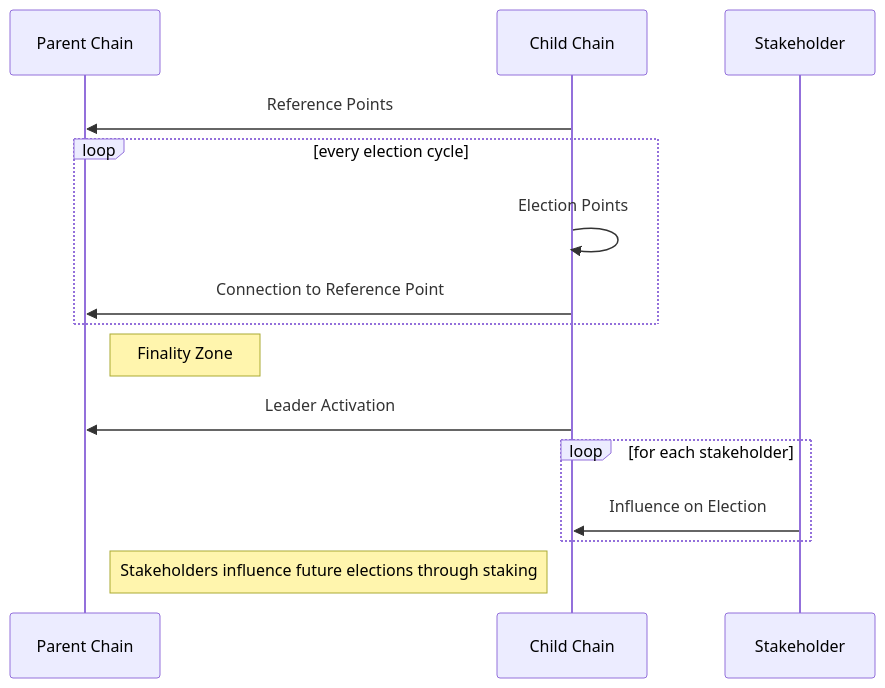
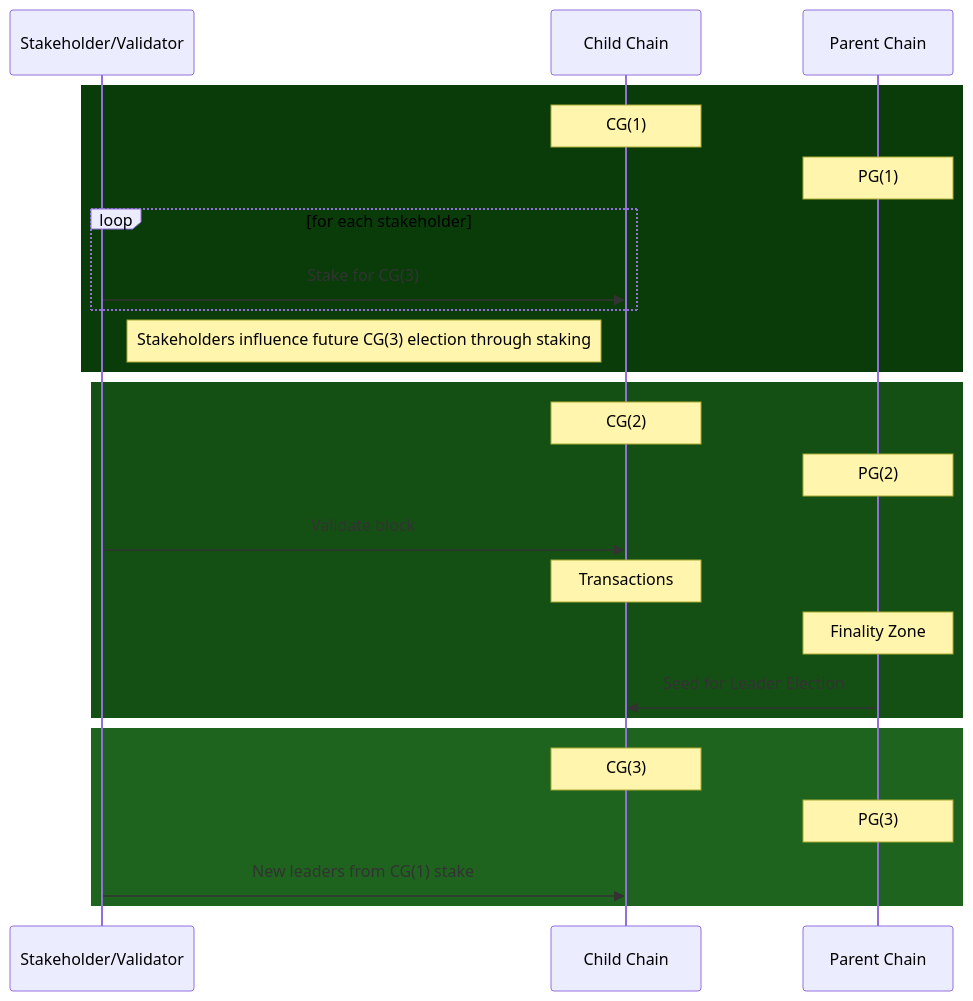
The first of 5 diagrams in Periodically-Syncing-HyperChains.md (aeternity/hyperchains-whitepaper), drawn with Mermaid before and after one commit.

Commit message:
Update Periodically-Syncing-HyperChains.md
Better diagram

````diff
--- a/Periodically-Syncing-HyperChains.md
+++ b/Periodically-Syncing-HyperChains.md
@@ -128,19 +128,32 @@
 ```mermaid
 sequenceDiagram
+  participant S as Stakeholder/Validator
+  participant CC as Child Chain
   participant PC as Parent Chain
-  participant CC as Child Chain
-  participant S as Stakeholder
+  
+  rect rgb(10,60,10) 
+    note over CC: CG(1)
+    note over PC: PG(1)
+      loop for each stakeholder
+        S->>CC: Stake for CG(3)
+    end
+    Note left of CC: Stakeholders influence future CG(3) election through staking
+  end
 
-  CC->>PC: Reference Points
-  loop every election cycle
-    CC->>CC: Election Points
-    CC->>PC: Connection to Reference Point
+  rect rgb(20,80,20) 
+    note over CC: CG(2)
+    note over PC: PG(2)
+    S->>CC: Validate block
+    note over CC: Transactions
+    Note over PC: Finality Zone
+    PC->>CC: Seed for Leader Election
  end
- Note right of PC: Finality Zone
- CC->>PC: Leader Activation
-    loop for each stakeholder
-        S->>CC: Influence on Election
-    end
-     Note left of CC: Stakeholders influence future elections through staking
+
+ rect rgb(30,100,30) 
+  note over CC: CG(3)
+  note over PC: PG(3)
+  S->>CC: New leaders from CG(1) stake
+
+end
 
 ```
````
